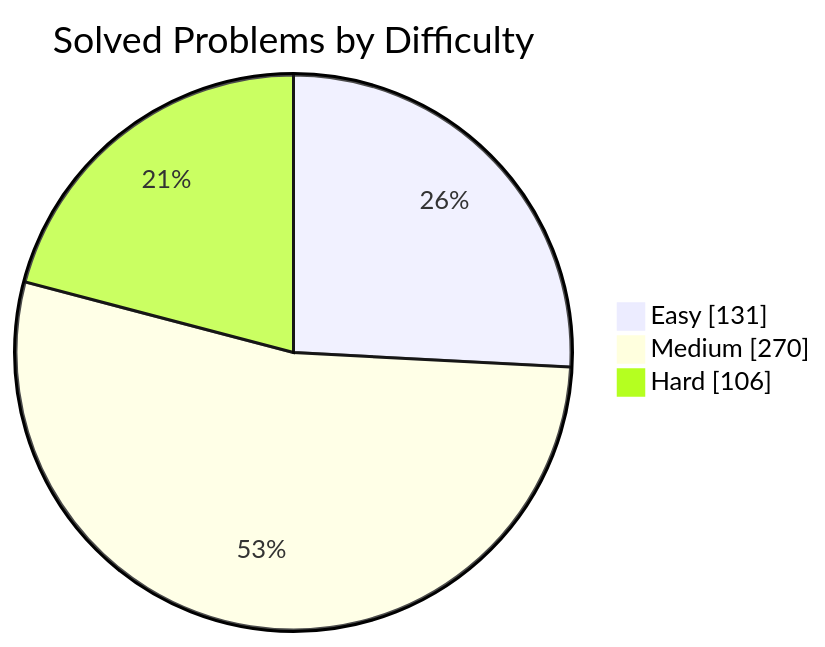
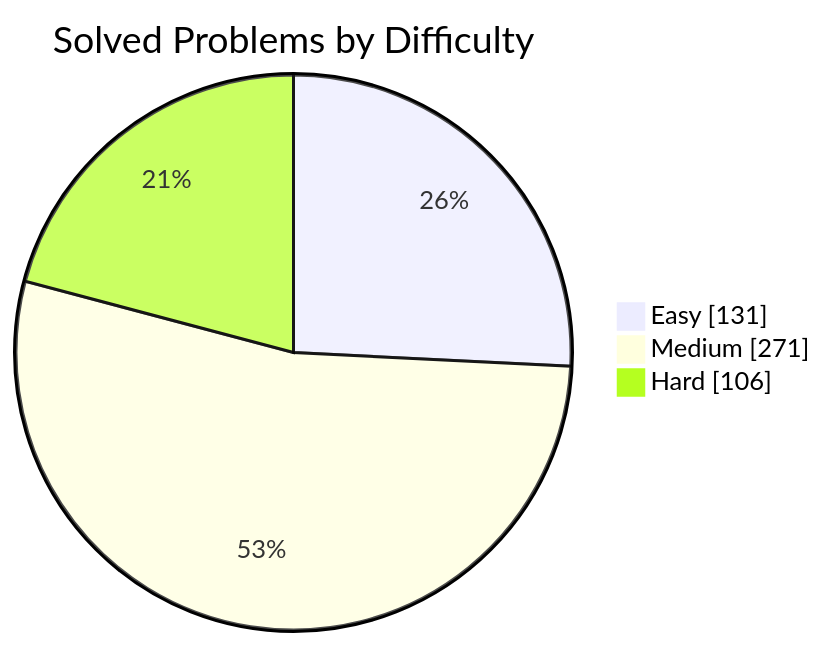
Before and after one commit to manikantbindass/DSA-Preparation-FAANG: the first of 2 diagrams in README.md, drawn with Mermaid. The commit also changed other lines of this file and 1 other file, not shown here.

````diff
--- a/README.md
+++ b/README.md
@@ -79,7 +79,7 @@
 ```mermaid
 pie showData
     title Solved Problems by Difficulty
     "Easy" : 131
-    "Medium" : 270
+    "Medium" : 271
     "Hard" : 106
 ```
````
